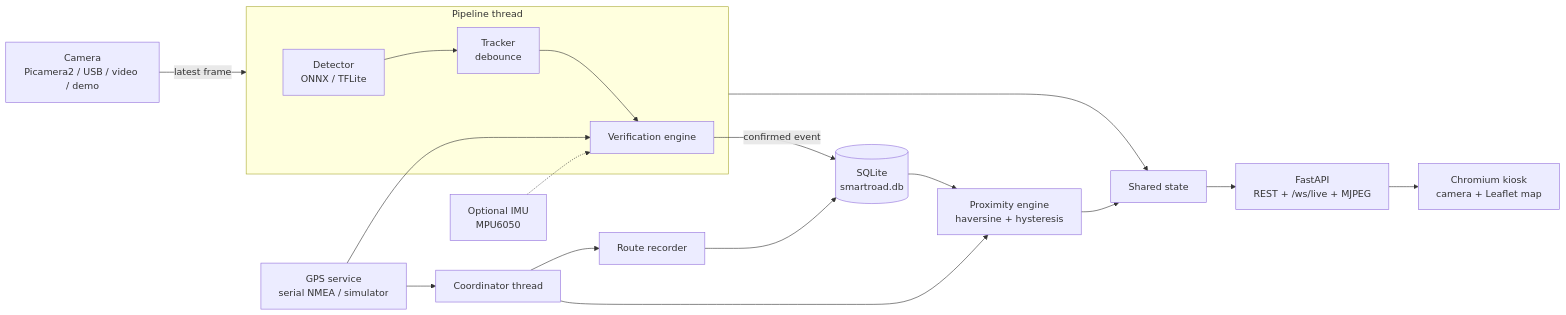
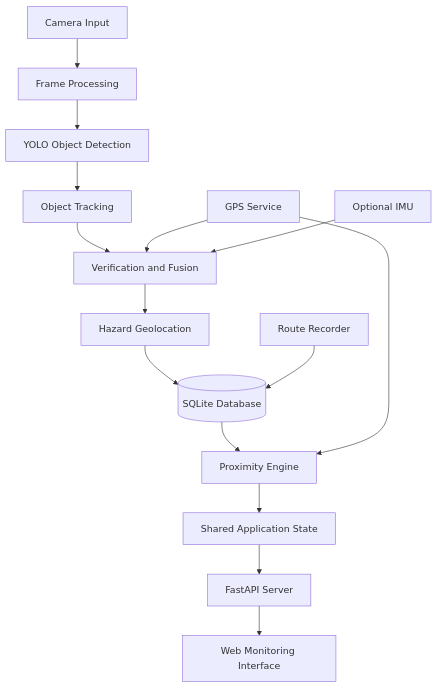
One commit to pratikdagar100/smartroad changed the diagram in README.md. Above: the diagram before and after it, drawn with Mermaid. The commit also changed other lines of this file, not shown here.

````diff
--- a/README.md
+++ b/README.md
@@ -62,18 +36,17 @@
 ```mermaid
-flowchart LR
-  CAM[Camera<br/>Picamera2 / USB / video / demo] -->|latest frame| PIPE
-  subgraph PIPE[Pipeline thread]
-    DET[Detector<br/>ONNX / TFLite] --> TRK[Tracker<br/>debounce] --> FUS[Verification engine]
-  end
-  GPS[GPS service<br/>serial NMEA / simulator] --> FUS
-  IMU[Optional IMU<br/>MPU6050] -.-> FUS
-  FUS -->|confirmed event| DB[(SQLite<br/>smartroad.db)]
-  GPS --> COORD[Coordinator thread]
-  COORD --> ROUTE[Route recorder] --> DB
-  DB --> PROX[Proximity engine<br/>haversine + hysteresis]
-  COORD --> PROX
-  PROX --> STATE
-  PIPE --> STATE[Shared state]
-  STATE --> API[FastAPI<br/>REST + /ws/live + MJPEG]
-  API --> UI[Chromium kiosk<br/>camera + Leaflet map]
+flowchart TD
+    A[Camera Input] --> B[Frame Processing]
+    B --> C[YOLO Object Detection]
+    C --> D[Object Tracking]
+    D --> E[Verification and Fusion]
+    F[GPS Service] --> E
+    G[Optional IMU] --> E
+    E --> H[Hazard Geolocation]
+    H --> I[(SQLite Database)]
+    J[Route Recorder] --> I
+    I --> K[Proximity Engine]
+    F --> K
+    K --> L[Shared Application State]
+    L --> M[FastAPI Server]
+    M --> N[Web Monitoring Interface]
 ```
````
